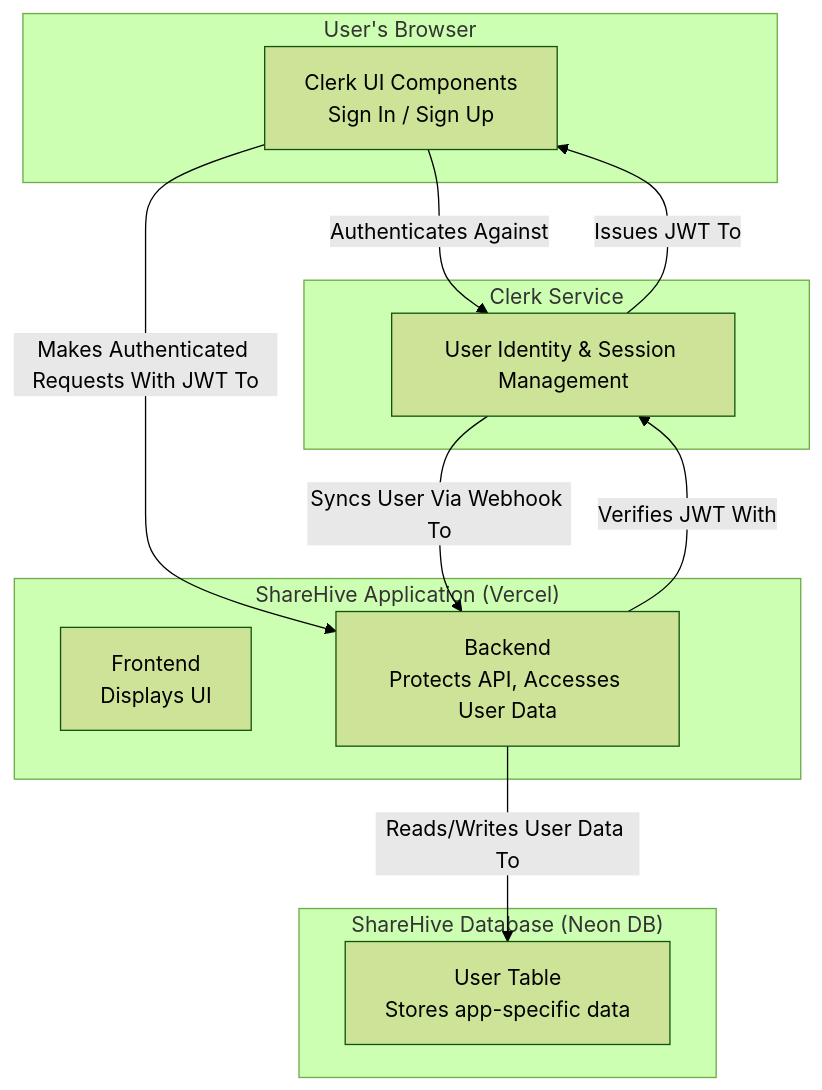
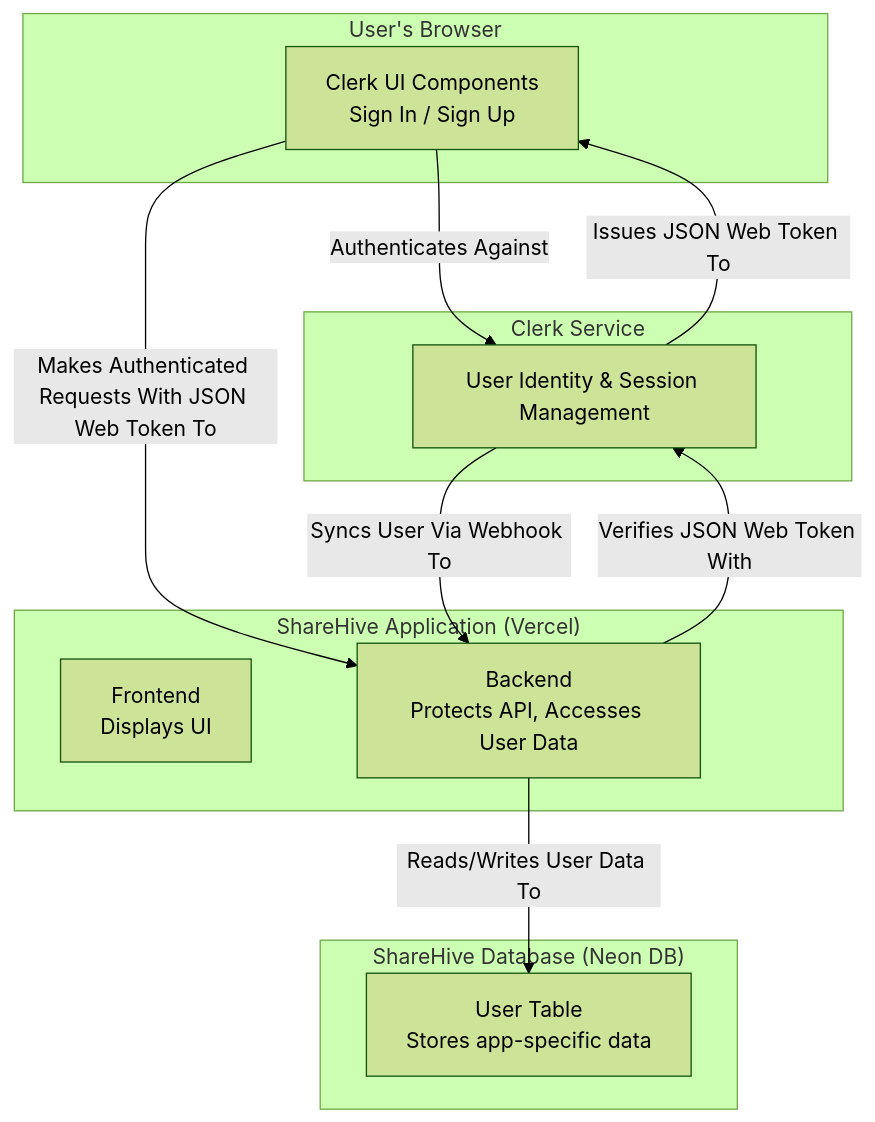
The first of 4 diagrams in docs/auth.md (UE5DefaultDev/sharehive), drawn with Mermaid (forest theme) before and after one commit. The commit also changed other lines of this file and 4 other files, not shown here.

````diff
--- a/docs/auth.md
+++ b/docs/auth.md
@@ -20,23 +20,23 @@
 ```mermaid
 graph TD
     subgraph "User's Browser"
         A[Clerk UI Components<br/>Sign In / Sign Up]
     end
     subgraph "ShareHive Application (Vercel)"
         B[Frontend<br/>Displays UI]
         C[Backend<br/>Protects API, Accesses User Data]
     end
     subgraph "Clerk Service"
         D[User Identity & Session Management]
     end
     subgraph "ShareHive Database (Neon DB)"
         E[User Table<br/>Stores app-specific data]
     end
 
     A -- "Authenticates Against" --> D
-    D -- "Issues JWT To" --> A
-    A -- "Makes Authenticated Requests With JWT To" --> C
-    C -- "Verifies JWT With" --> D
+    D -- "Issues JSON Web Token To" --> A
+    A -- "Makes Authenticated Requests With JSON Web Token To" --> C
+    C -- "Verifies JSON Web Token With" --> D
     C -- "Reads/Writes User Data To" --> E
     D -- "Syncs User Via Webhook To" --> C
 ```
````
